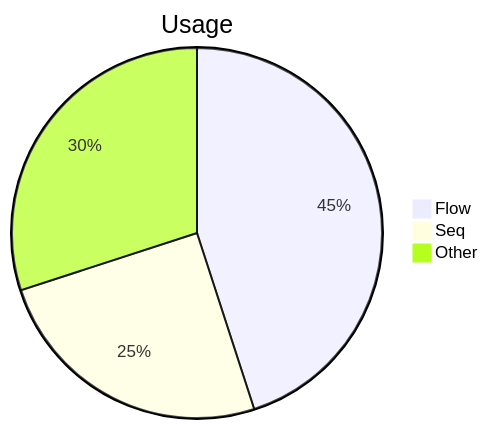
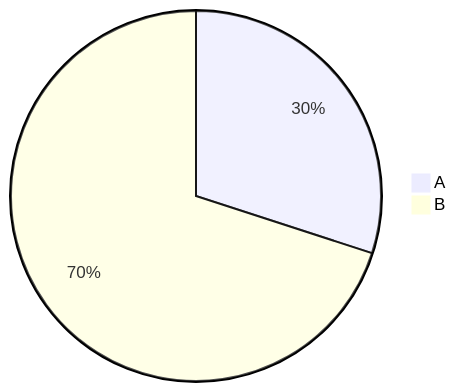
Before and after one commit to hiroki-imai/mmtutor: the first of 2 diagrams in lessons/pie.md, drawn with Mermaid. The commit also changed other lines of this file and 11 other files, not shown here.

````diff
--- a/lessons/pie.md
+++ b/lessons/pie.md
@@ -10,6 +6,5 @@
 ```mermaid
-pie title Usage
-  "Flow" : 45
-  "Seq"  : 25
-  "Other": 30
+pie
+  "A" : 30
+  "B" : 70
 ```
````
